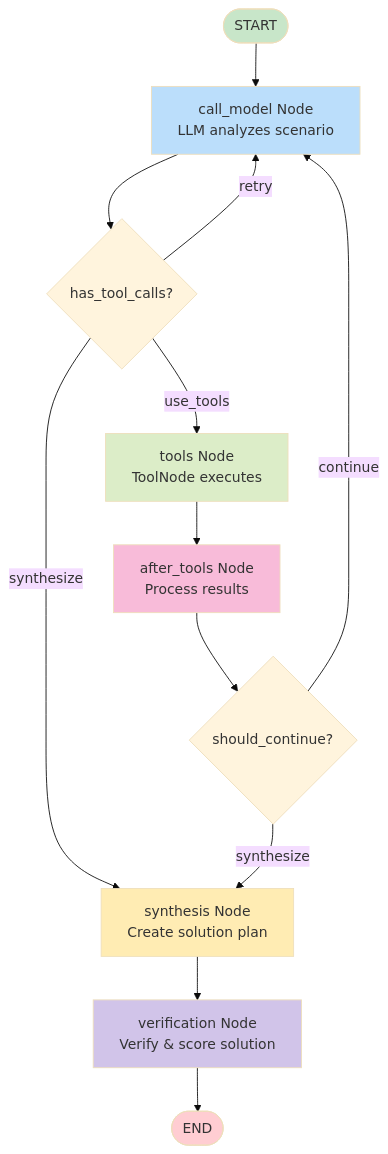
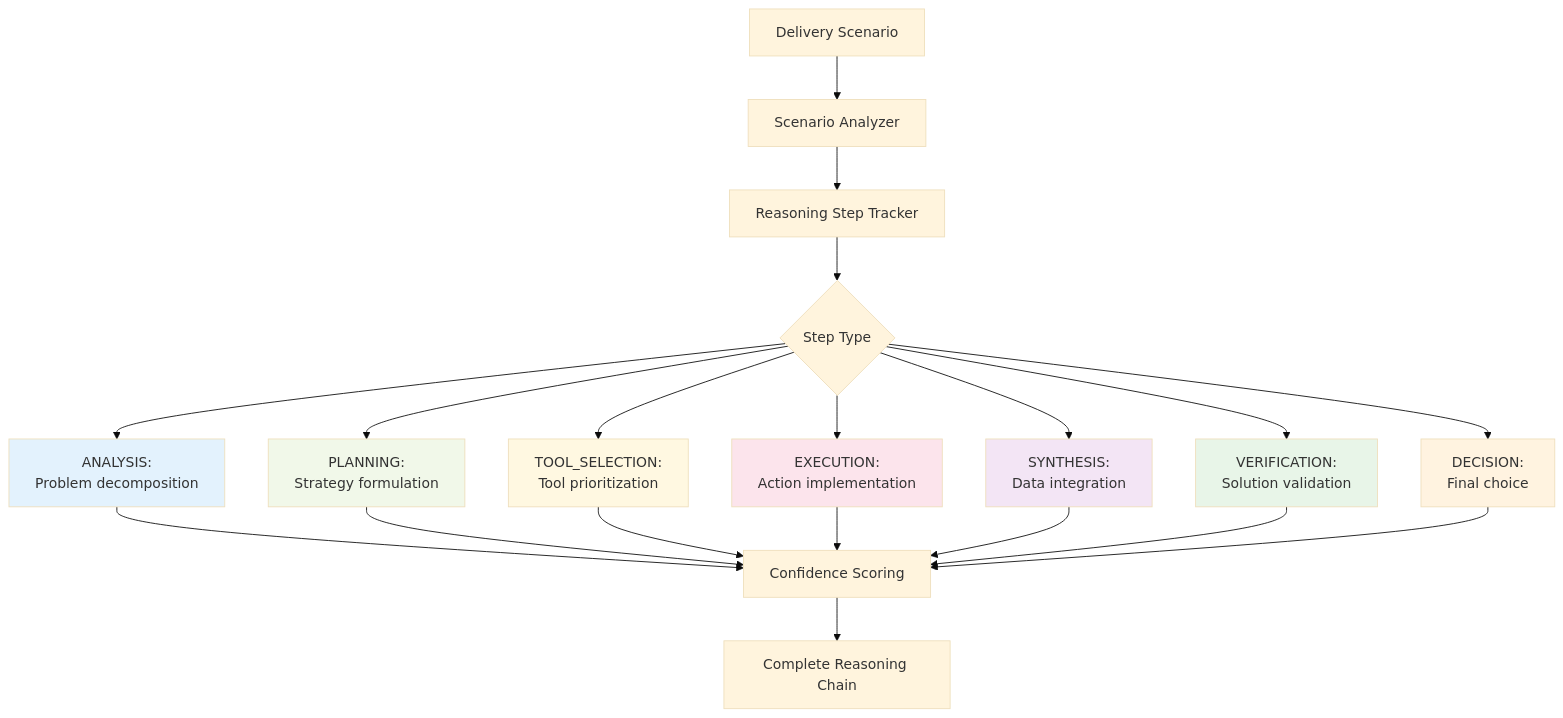
The third of 9 diagrams in README.md (ayushvishnoipro/Grab-hack-Delivery-Agent-), drawn with Mermaid (base theme) before and after one commit. The commit also changed other lines of this file, not shown here.

````diff
--- a/README.md
+++ b/README.md
@@ -161,26 +92,32 @@
 ```mermaid
-flowchart TD
-    START([START]) --> CM[call_model Node<br/>LLM analyzes scenario]
-    CM --> DR{has_tool_calls?}
+graph TD
+    Input[Delivery Scenario] --> Analyzer[Scenario Analyzer]
+    Analyzer --> StepTracker[Reasoning Step Tracker]
+    StepTracker --> StepTypes{Step Type}
     
-    DR -->|use_tools| TN[tools Node<br/>ToolNode executes]
-    DR -->|synthesize| SN[synthesis Node<br/>Create solution plan]
-    DR -->|retry| CM
+    StepTypes --> Analysis[ANALYSIS:<br/>Problem decomposition]
+    StepTypes --> Planning[PLANNING:<br/>Strategy formulation]
+    StepTypes --> ToolSelection[TOOL_SELECTION:<br/>Tool prioritization]
+    StepTypes --> Execution[EXECUTION:<br/>Action implementation]
+    StepTypes --> Synthesis[SYNTHESIS:<br/>Data integration]
+    StepTypes --> Verification[VERIFICATION:<br/>Solution validation]
+    StepTypes --> Decision[DECISION:<br/>Final choice]
     
-    TN --> AT[after_tools Node<br/>Process results]
-    AT --> CR{should_continue?}
+    Analysis --> ConfidenceScore[Confidence Scoring]
+    Planning --> ConfidenceScore
+    ToolSelection --> ConfidenceScore
+    Execution --> ConfidenceScore
+    Synthesis --> ConfidenceScore
+    Verification --> ConfidenceScore
+    Decision --> ConfidenceScore
     
-    CR -->|continue| CM
-    CR -->|synthesize| SN
+    ConfidenceScore --> ReasoningChain[Complete Reasoning Chain]
     
-    SN --> VN[verification Node<br/>Verify & score solution]
-    VN --> END_NODE([END])
-    
-    style START fill:#c8e6c9
-    style CM fill:#bbdefb
-    style TN fill:#dcedc8
-    style AT fill:#f8bbd9
-    style SN fill:#ffecb3
-    style VN fill:#d1c4e9
-    style END_NODE fill:#ffcdd2
+    style Analysis fill:#e3f2fd
+    style Planning fill:#f1f8e9
+    style ToolSelection fill:#fff8e1
+    style Execution fill:#fce4ec
+    style Synthesis fill:#f3e5f5
+    style Verification fill:#e8f5e8
+    style Decision fill:#fff3e0
 ```
````
